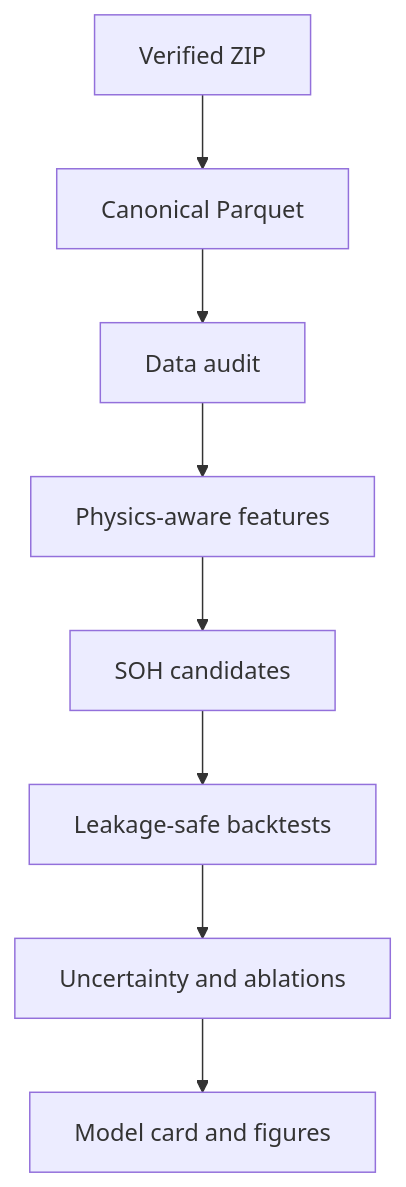
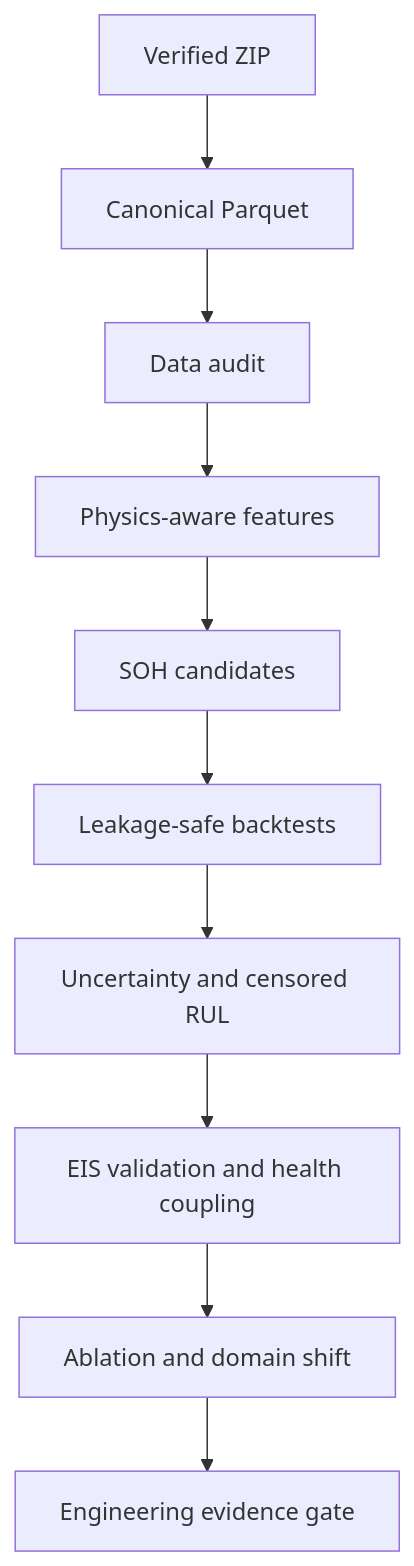
One commit to Nano-hemu/sofc-health-intelligence changed the diagram in docs/architecture.md. Above: the diagram before and after it, drawn with Mermaid. The commit also changed 5 other files, not shown here.

````diff
--- a/docs/architecture.md
+++ b/docs/architecture.md
@@ -8,10 +8,12 @@
 ```mermaid
 flowchart TD
     A[Verified ZIP] --> B[Canonical Parquet]
     B --> C[Data audit]
     C --> D[Physics-aware features]
     D --> E[SOH candidates]
     E --> F[Leakage-safe backtests]
-    F --> G[Uncertainty and ablations]
-    G --> H[Model card and figures]
+    F --> G[Uncertainty and censored RUL]
+    G --> H[EIS validation and health coupling]
+    H --> I[Ablation and domain shift]
+    I --> J[Engineering evidence gate]
 ```
````
